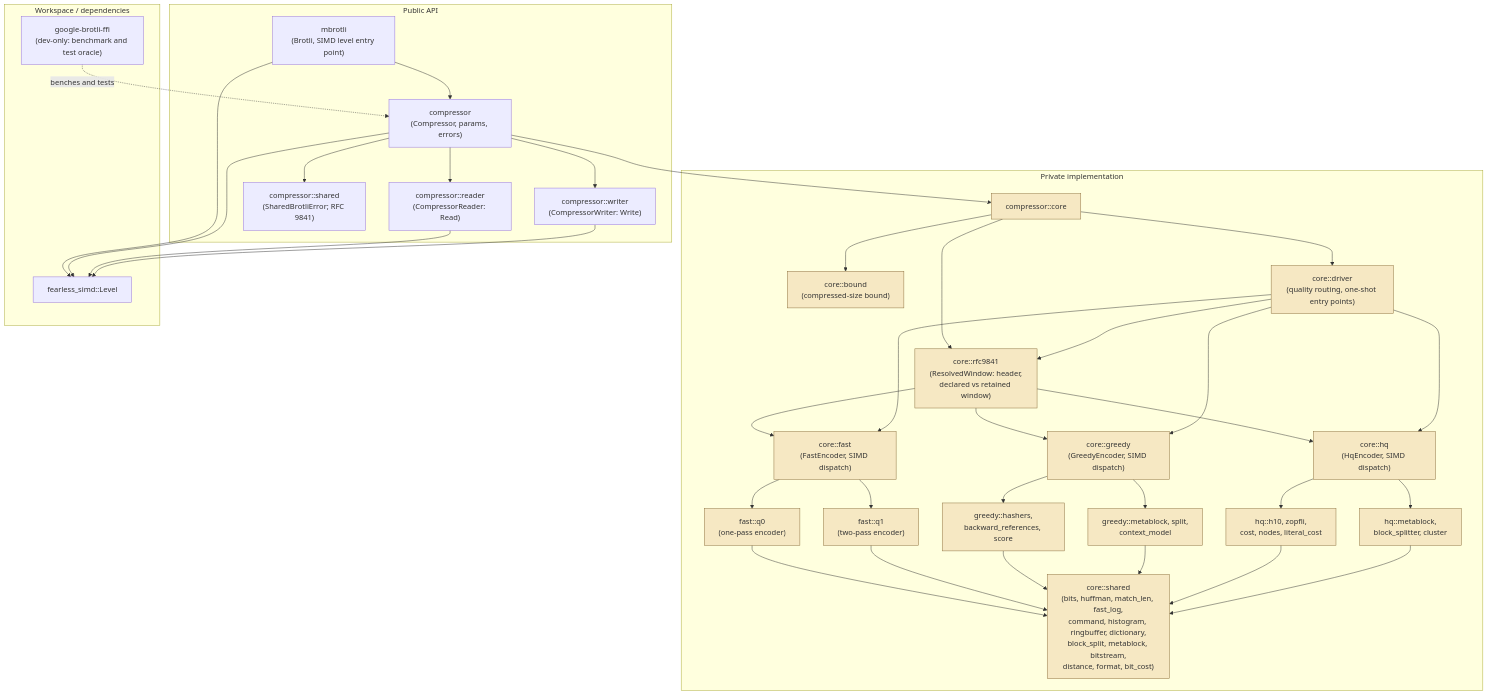
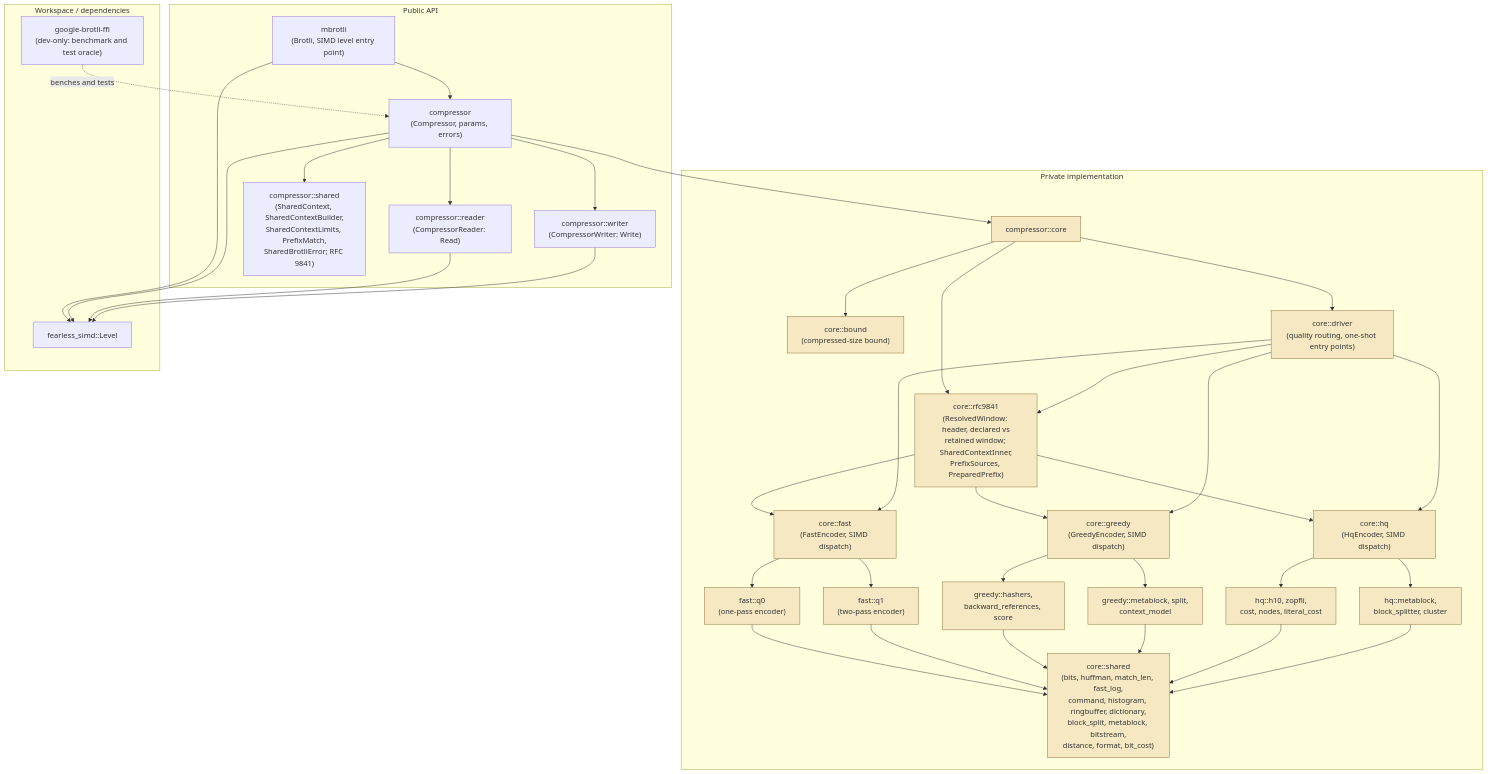
The diagram in architecture/README.md (Mnwa/mbrotli), drawn with Mermaid before and after one commit. The commit also changed other lines of this file and 43 other files, not shown here.

Commit message:
Add shared window

````diff
--- a/architecture/README.md
+++ b/architecture/README.md
@@ -21,68 +21,68 @@
 ```mermaid
 graph TD
     subgraph public["Public API"]
         lib["mbrotli<br/>(Brotli, SIMD level entry point)"]
         comp["compressor<br/>(Compressor, params, errors)"]
         reader["compressor::reader<br/>(CompressorReader: Read)"]
         writer["compressor::writer<br/>(CompressorWriter: Write)"]
-        sharedapi["compressor::shared<br/>(SharedBrotliError; RFC 9841)"]
+        sharedapi["compressor::shared<br/>(SharedContext, SharedContextBuilder,<br/>SharedContextLimits, PrefixMatch,<br/>SharedBrotliError; RFC 9841)"]
     end
 
     subgraph private["Private implementation"]
         core["compressor::core"]
         bound["core::bound<br/>(compressed-size bound)"]
         driver["core::driver<br/>(quality routing, one-shot entry points)"]
-        rfc["core::rfc9841<br/>(ResolvedWindow: header,<br/>declared vs retained window)"]
+        rfc["core::rfc9841<br/>(ResolvedWindow: header, declared vs<br/>retained window; SharedContextInner,<br/>PrefixSources, PreparedPrefix)"]
         shared["core::shared<br/>(bits, huffman, match_len, fast_log,<br/>command, histogram, ringbuffer, dictionary,<br/>block_split, metablock, bitstream,<br/>distance, format, bit_cost)"]
         fast["core::fast<br/>(FastEncoder, SIMD dispatch)"]
         q0["fast::q0<br/>(one-pass encoder)"]
         q1["fast::q1<br/>(two-pass encoder)"]
         greedy["core::greedy<br/>(GreedyEncoder, SIMD dispatch)"]
         gsearch["greedy::hashers,<br/>backward_references, score"]
         gblock["greedy::metablock, split,<br/>context_model"]
         hq["core::hq<br/>(HqEncoder, SIMD dispatch)"]
         hsearch["hq::h10, zopfli,<br/>cost, nodes, literal_cost"]
         hblock["hq::metablock,<br/>block_splitter, cluster"]
     end
 
     subgraph external["Workspace / dependencies"]
         simd["fearless_simd::Level"]
         ffi["google-brotli-ffi<br/>(dev-only: benchmark and test oracle)"]
     end
 
     lib --> comp
     comp --> reader
     comp --> writer
     comp --> sharedapi
     comp --> core
     core --> bound
     core --> driver
     core --> rfc
     driver --> rfc
     rfc --> fast
     rfc --> greedy
     rfc --> hq
     driver --> fast
     driver --> greedy
     driver --> hq
     fast --> q0
     fast --> q1
     greedy --> gsearch
     greedy --> gblock
     hq --> hsearch
     hq --> hblock
     q0 --> shared
     q1 --> shared
     gsearch --> shared
     gblock --> shared
     hsearch --> shared
     hblock --> shared
     lib --> simd
     comp --> simd
     reader --> simd
     writer --> simd
     ffi -.->|benches and tests| comp
 
     classDef privateNode fill:#f6e8c3,stroke:#8a6d3b;
     class core,bound,driver,rfc,shared,fast,q0,q1,greedy,gsearch,gblock,hq,hsearch,hblock privateNode;
 ```
````
